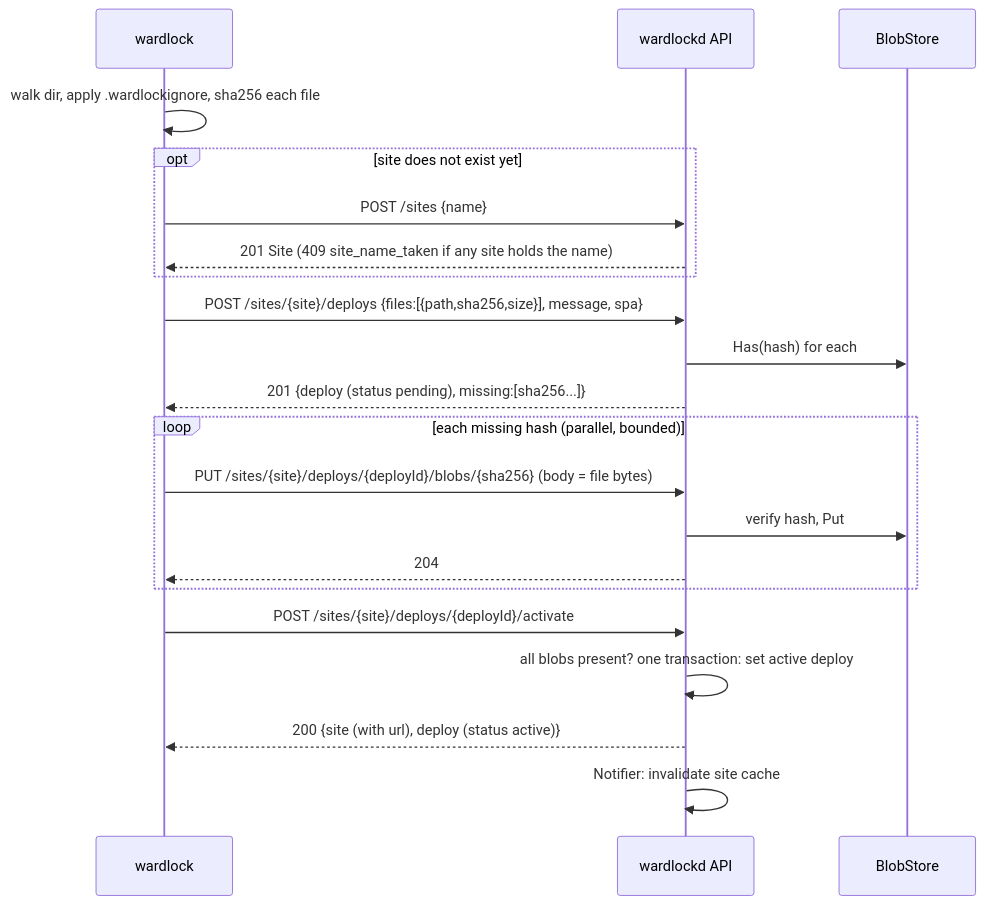
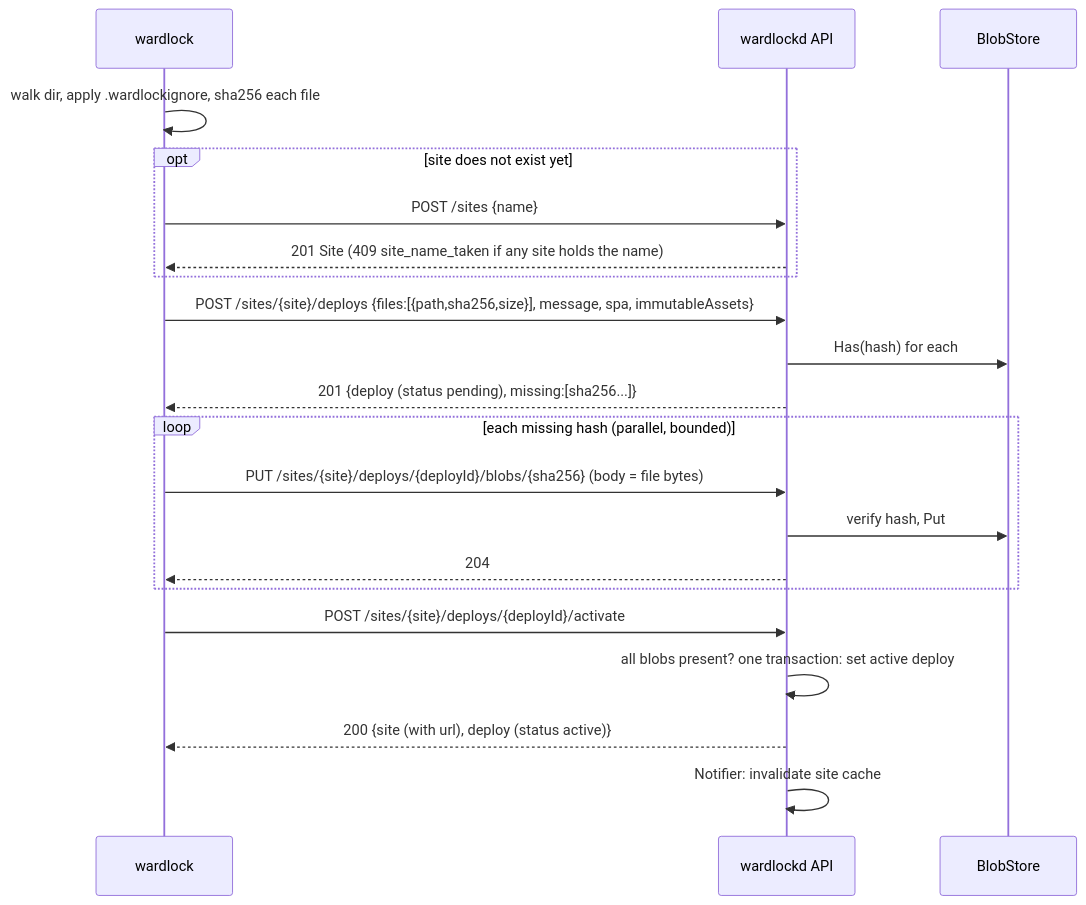
One commit to CubieCode/wardlock changed the third of 6 diagrams in docs/ARCHITECTURE.md. Above: the diagram before and after it, drawn with Mermaid. The commit also changed other lines of this file and 35 other files, not shown here.

````diff
--- a/docs/ARCHITECTURE.md
+++ b/docs/ARCHITECTURE.md
@@ -74,23 +74,23 @@
 ```mermaid
 sequenceDiagram
   participant CLI as wardlock
   participant API as wardlockd API
   participant BS as BlobStore
   CLI->>CLI: walk dir, apply .wardlockignore, sha256 each file
   opt site does not exist yet
     CLI->>API: POST /sites {name}
     API-->>CLI: 201 Site (409 site_name_taken if any site holds the name)
   end
-  CLI->>API: POST /sites/{site}/deploys {files:[{path,sha256,size}], message, spa}
+  CLI->>API: POST /sites/{site}/deploys {files:[{path,sha256,size}], message, spa, immutableAssets}
   API->>BS: Has(hash) for each
   API-->>CLI: 201 {deploy (status pending), missing:[sha256...]}
   loop each missing hash (parallel, bounded)
     CLI->>API: PUT /sites/{site}/deploys/{deployId}/blobs/{sha256} (body = file bytes)
     API->>BS: verify hash, Put
     API-->>CLI: 204
   end
   CLI->>API: POST /sites/{site}/deploys/{deployId}/activate
   API->>API: all blobs present? one transaction: set active deploy
   API-->>CLI: 200 {site (with url), deploy (status active)}
   API->>API: Notifier: invalidate site cache
 ```
````
